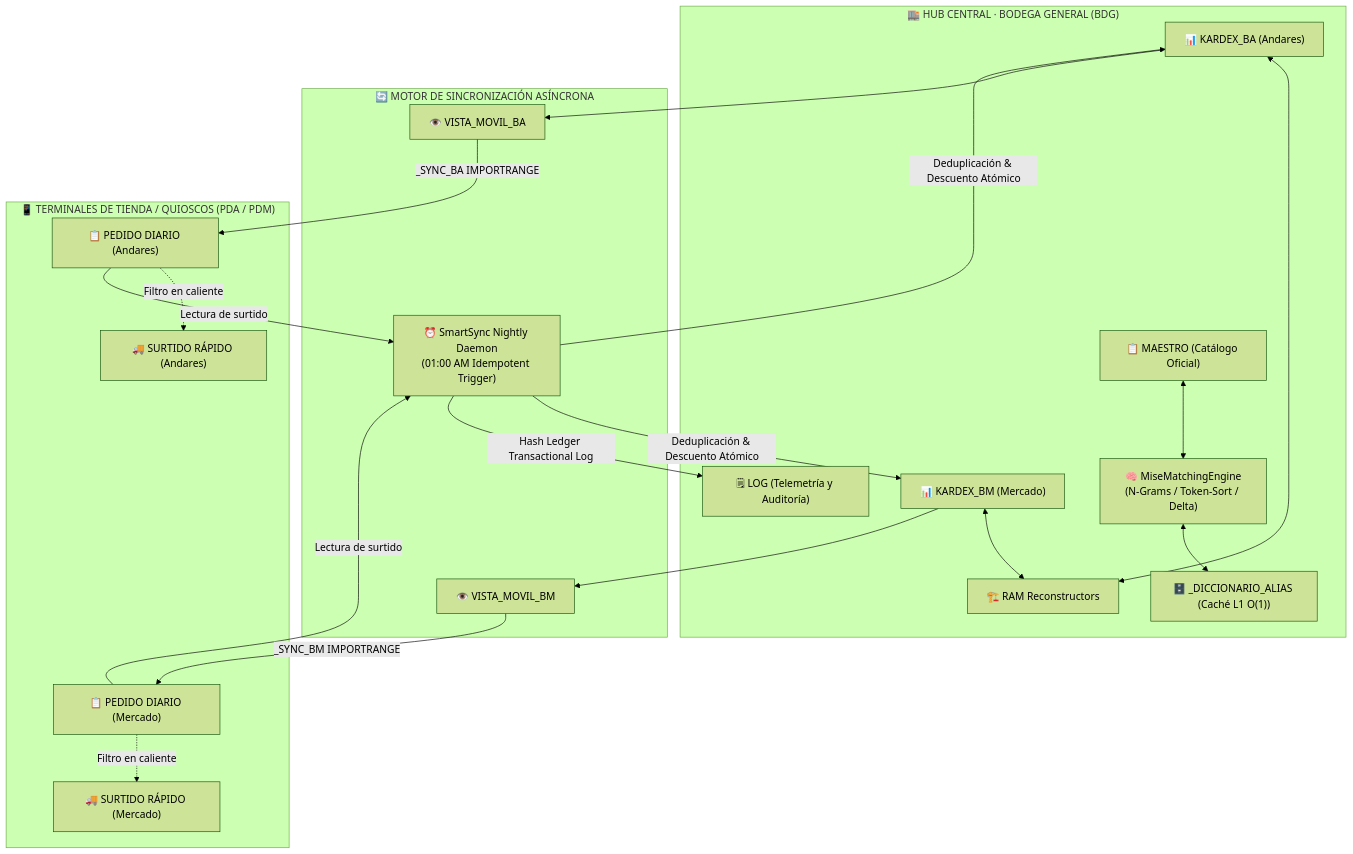
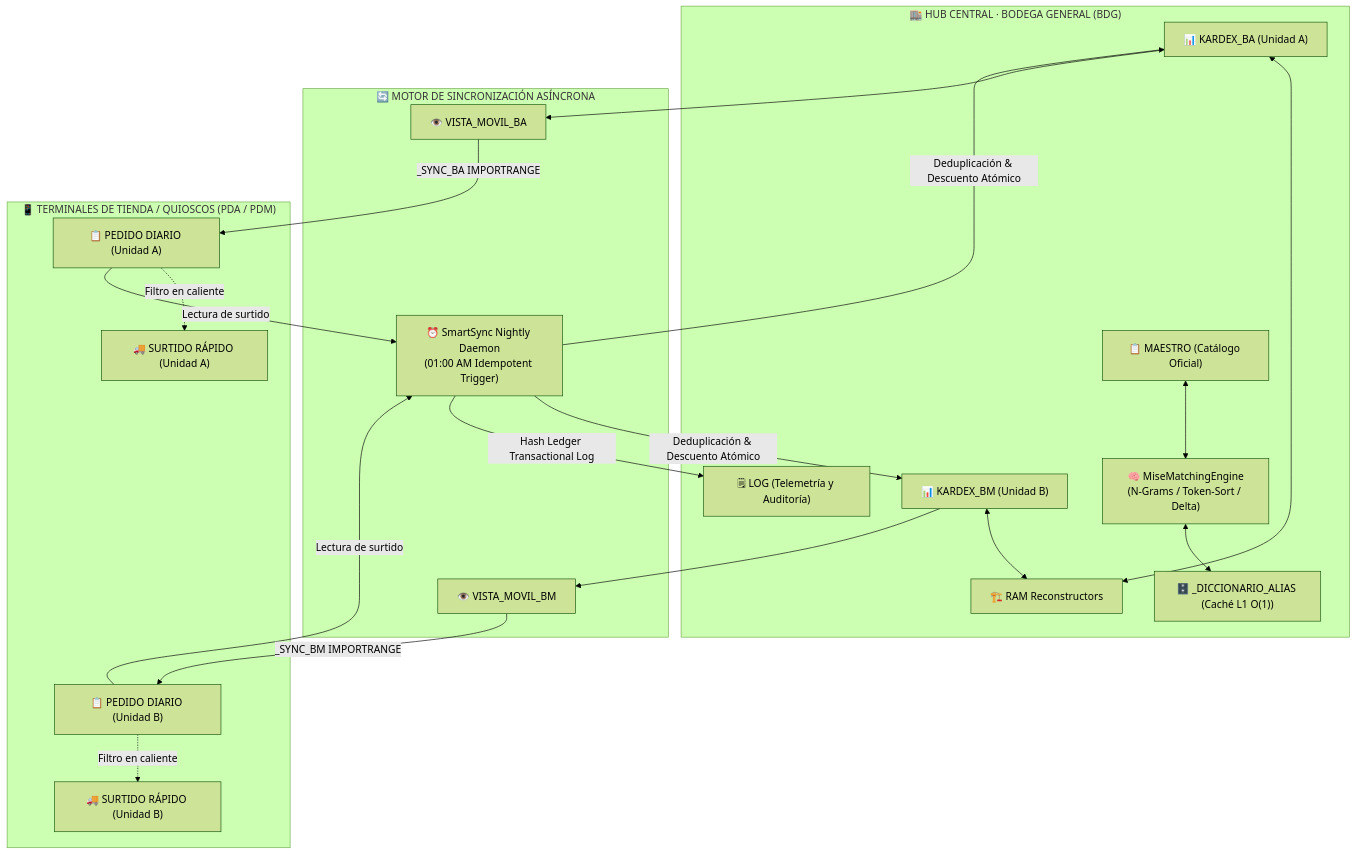
Before and after one commit to ultimaibrahim/mise: the diagram in README.md, drawn with Mermaid (forest theme). The commit also changed other lines of this file and 1 other file, not shown here.

````diff
--- a/README.md
+++ b/README.md
@@ -16,45 +24,45 @@
 ```mermaid
 graph TD
     subgraph "🏬 HUB CENTRAL · BODEGA GENERAL (BDG)"
         M["📋 MAESTRO (Catálogo Oficial)"]
-        K_BA["📊 KARDEX_BA (Andares)"]
-        K_BM["📊 KARDEX_BM (Mercado)"]
+        K_BA["📊 KARDEX_BA (Unidad A)"]
+        K_BM["📊 KARDEX_BM (Unidad B)"]
         ENG["🧠 MiseMatchingEngine\n(N-Grams / Token-Sort / Delta)"]
         ALIAS["🗄️ _DICCIONARIO_ALIAS (Caché L1 O(1))"]
         REC["🏗️ RAM Reconstructors"]
         LOG_BDG["🗒 LOG (Telemetría y Auditoría)"]
         
         M <--> ENG
         ENG <--> ALIAS
         K_BA <--> REC
         K_BM <--> REC
     end
 
     subgraph "🔄 MOTOR DE SINCRONIZACIÓN ASÍNCRONA"
         VM_BA["👁️ VISTA_MOVIL_BA"]
         VM_BM["👁️ VISTA_MOVIL_BM"]
         SYNC["⏰ SmartSync Nightly Daemon\n(01:00 AM Idempotent Trigger)"]
     end
 
     subgraph "📱 TERMINALES DE TIENDA / QUIOSCOS (PDA / PDM)"
-        P_BA["📋 PEDIDO DIARIO (Andares)"]
-        SR_BA["🚚 SURTIDO RÁPIDO (Andares)"]
-        P_BM["📋 PEDIDO DIARIO (Mercado)"]
-        SR_BM["🚚 SURTIDO RÁPIDO (Mercado)"]
+        P_BA["📋 PEDIDO DIARIO (Unidad A)"]
+        SR_BA["🚚 SURTIDO RÁPIDO (Unidad A)"]
+        P_BM["📋 PEDIDO DIARIO (Unidad B)"]
+        SR_BM["🚚 SURTIDO RÁPIDO (Unidad B)"]
     end
 
     %% Flujos de lectura e importación
     K_BA --> VM_BA
     K_BM --> VM_BM
     VM_BA -->|_SYNC_BA IMPORTRANGE| P_BA
     VM_BM -->|_SYNC_BM IMPORTRANGE| P_BM
     P_BA -.->|Filtro en caliente| SR_BA
     P_BM -.->|Filtro en caliente| SR_BM
 
     %% Flujo transaccional nocturno
     P_BA -->|Lectura de surtido| SYNC
     P_BM -->|Lectura de surtido| SYNC
     SYNC -->|Deduplicación & Descuento Atómico| K_BA
     SYNC -->|Deduplicación & Descuento Atómico| K_BM
     SYNC -->|Hash Ledger Transactional Log| LOG_BDG
 ```
````
